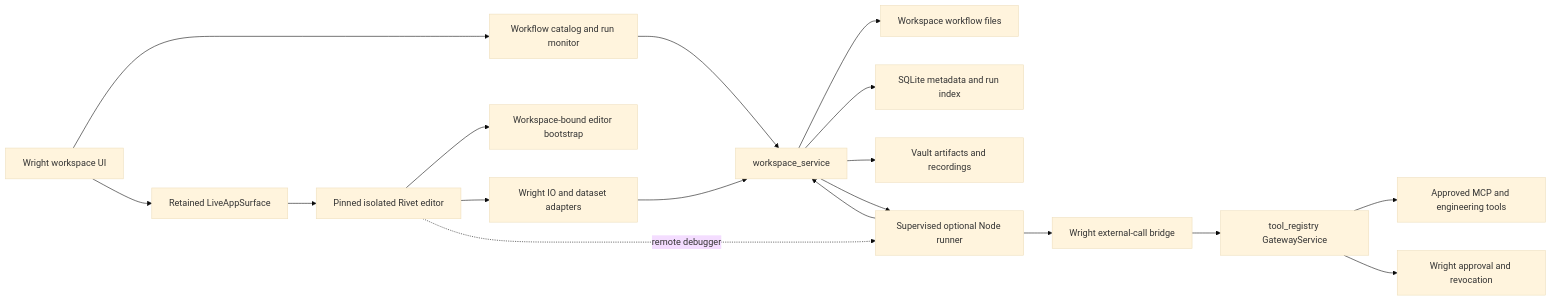
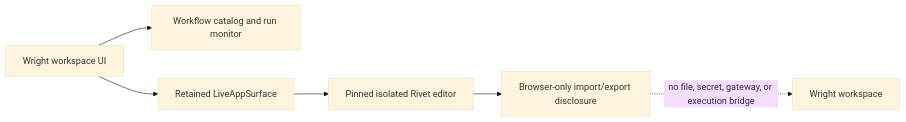
One commit to burhop/wright changed the first of 2 diagrams in specs/054-rivet-workflow-integration/plan.md. Above: the diagram before and after it, drawn with Mermaid (base theme). The commit also changed other lines of this file and 2 other files, not shown here.

Commit message:
docs: scope Rivet MVP to editor tab

````diff
--- a/specs/054-rivet-workflow-integration/plan.md
+++ b/specs/054-rivet-workflow-integration/plan.md
@@ -67,20 +69,8 @@
 ```mermaid
 flowchart LR
     UI["Wright workspace UI"] --> CAT["Workflow catalog and run monitor"]
     UI --> SURF["Retained LiveAppSurface"]
     SURF --> EDITOR["Pinned isolated Rivet editor"]
-    EDITOR --> BOOT["Workspace-bound editor bootstrap"]
-    EDITOR --> STORE["Wright IO and dataset adapters"]
-    STORE --> WS["workspace_service"]
-    WS --> FILES["Workspace workflow files"]
-    WS --> DB["SQLite metadata and run index"]
-    WS --> VAULT["Vault artifacts and recordings"]
-    CAT --> WS
-    EDITOR -. "remote debugger" .-> RUNNER["Supervised optional Node runner"]
-    WS --> RUNNER
-    RUNNER --> BRIDGE["Wright external-call bridge"]
-    BRIDGE --> GATEWAY["tool_registry GatewayService"]
-    GATEWAY --> TOOLS["Approved MCP and engineering tools"]
-    GATEWAY --> APPROVAL["Wright approval and revocation"]
-    RUNNER --> WS
+    EDITOR --> NOTICE["Browser-only import/export disclosure"]
+    NOTICE -. "no file, secret, gateway, or execution bridge" .-> WS["Wright workspace"]
 ```
````
